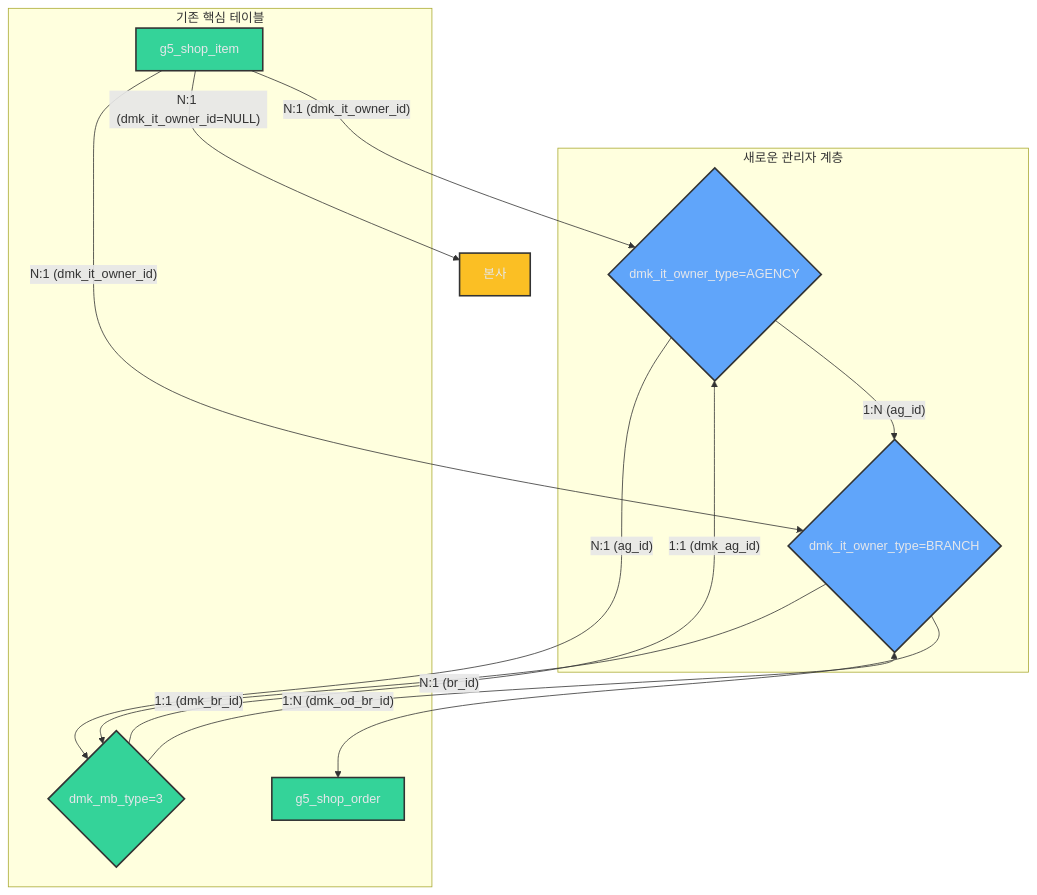
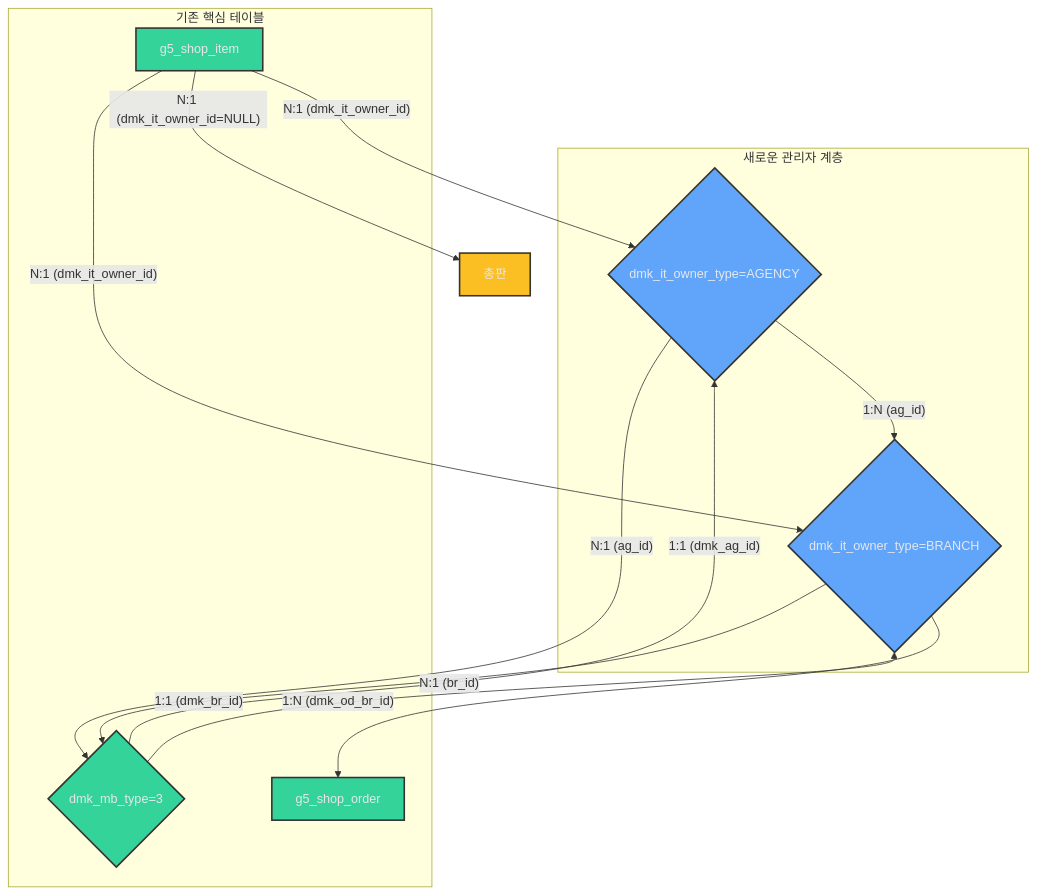
The diagram in docs/250623-단계별개발계획.md (wangtae/domaeka), drawn with Mermaid before and after one commit. The commit also changed other lines of this file and 25 other files, not shown here.

````diff
--- a/docs/250623-단계별개발계획.md
+++ b/docs/250623-단계별개발계획.md
@@ -81,34 +81,34 @@
 ```mermaid
 graph TD
     subgraph "새로운 관리자 계층"
         dmk_agency[dmk_agency]
         dmk_branch[dmk_branch]
     end
 
     subgraph "기존 핵심 테이블"
         g5_member[g5_member]
         g5_shop_item[g5_shop_item]
         g5_shop_order[g5_shop_order]
     end
 
     g5_member -- "1:1 (dmk_ag_id)" --> dmk_agency
     g5_member -- "1:1 (dmk_br_id)" --> dmk_branch
 
     dmk_agency -- "1:N (ag_id)" --> dmk_branch
     dmk_agency -- "N:1 (ag_id)" --> g5_member{dmk_mb_type=2}
 
     dmk_branch -- "N:1 (br_id)" --> g5_member{dmk_mb_type=3}
 
     g5_shop_item -- "N:1 (dmk_it_owner_id)" --> dmk_agency{dmk_it_owner_type=AGENCY}
     g5_shop_item -- "N:1 (dmk_it_owner_id)" --> dmk_branch{dmk_it_owner_type=BRANCH}
-    g5_shop_item -- "N:1 (dmk_it_owner_id=NULL)" --> HQ[본사]
+    g5_shop_item -- "N:1 (dmk_it_owner_id=NULL)" --> DISTRIBUTOR[총판]
 
     dmk_branch -- "1:N (dmk_od_br_id)" --> g5_shop_order
 
     style g5_member fill:#34D399,stroke:#333,stroke-width:2px,color:#E5E7EB
     style g5_shop_item fill:#34D399,stroke:#333,stroke-width:2px,color:#E5E7EB
     style g5_shop_order fill:#34D399,stroke:#333,stroke-width:2px,color:#E5E7EB
     style dmk_agency fill:#60A5FA,stroke:#333,stroke-width:2px,color:#E5E7EB
     style dmk_branch fill:#60A5FA,stroke:#333,stroke-width:2px,color:#E5E7EB
-    style HQ fill:#FBBF24,stroke:#333,stroke-width:2px,color:#E5E7EB
+    style DISTRIBUTOR fill:#FBBF24,stroke:#333,stroke-width:2px,color:#E5E7EB
 ```
````
